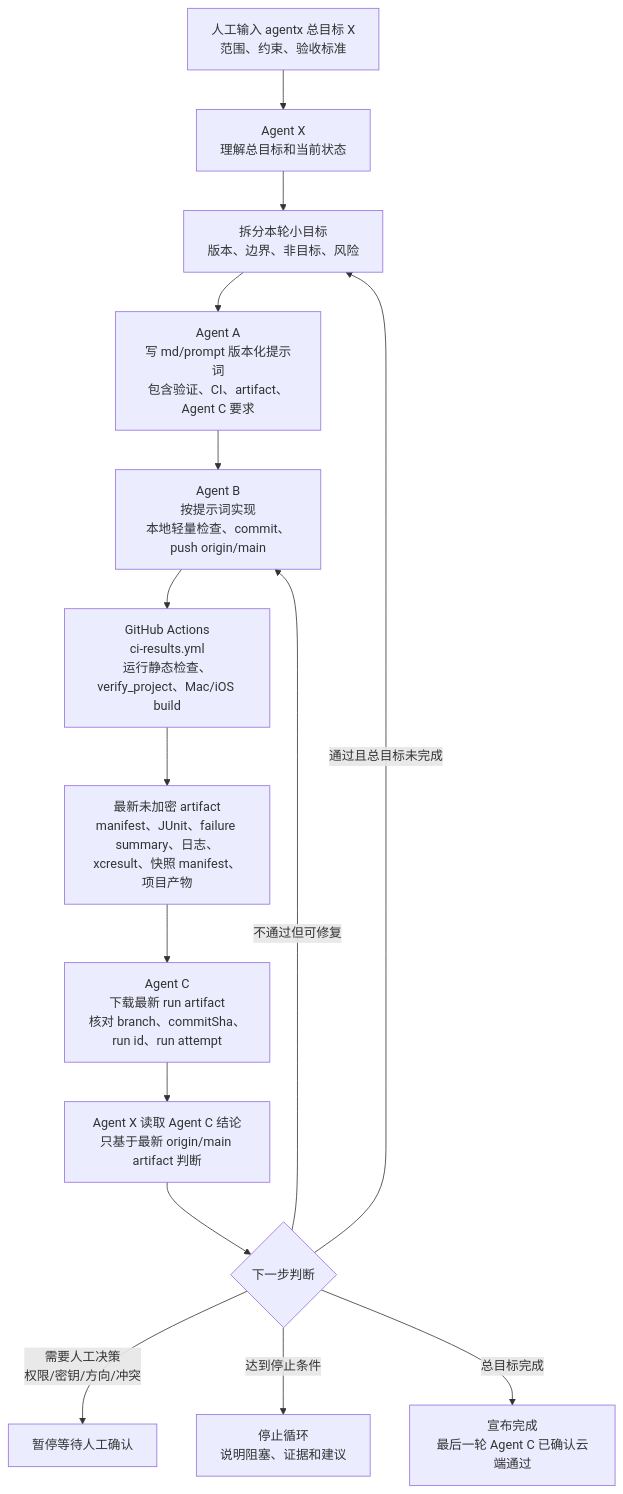
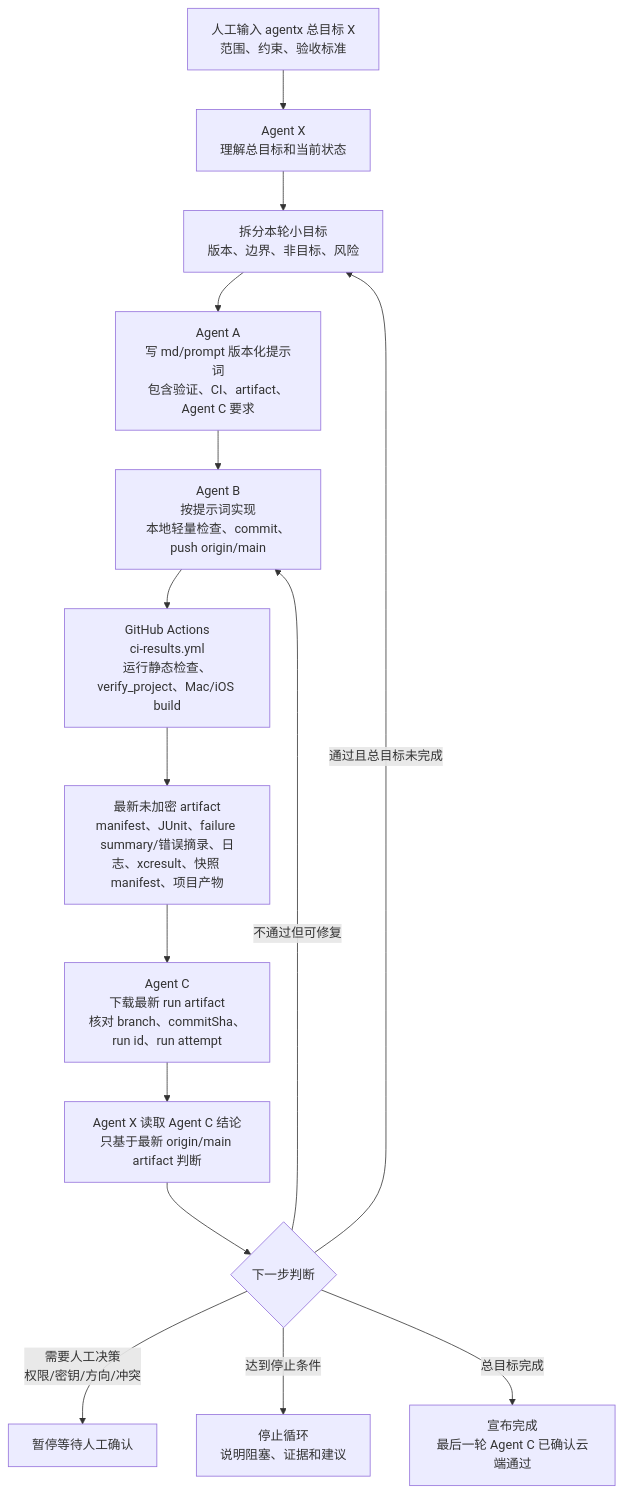
One commit to Altman-sam114/114 changed the sixth of 6 diagrams in md/flow/flowchart.md. Above: the diagram before and after it, drawn with Mermaid. The commit also changed other lines of this file and 11 other files, not shown here.

````diff
--- a/md/flow/flowchart.md
+++ b/md/flow/flowchart.md
@@ -131,17 +131,17 @@
 ```mermaid
 flowchart TD
   H["人工输入 agentx 总目标 X<br/>范围、约束、验收标准"] --> X0["Agent X<br/>理解总目标和当前状态"]
   X0 --> X1["拆分本轮小目标<br/>版本、边界、非目标、风险"]
   X1 --> A["Agent A<br/>写 md/prompt 版本化提示词<br/>包含验证、CI、artifact、Agent C 要求"]
   A --> B["Agent B<br/>按提示词实现<br/>本地轻量检查、commit、push origin/main"]
   B --> CI["GitHub Actions<br/>ci-results.yml<br/>运行静态检查、verify_project、Mac/iOS build"]
-  CI --> ART["最新未加密 artifact<br/>manifest、JUnit、failure summary、日志、xcresult、快照 manifest、项目产物"]
+  CI --> ART["最新未加密 artifact<br/>manifest、JUnit、failure summary/错误摘录、日志、xcresult、快照 manifest、项目产物"]
   ART --> C["Agent C<br/>下载最新 run artifact<br/>核对 branch、commitSha、run id、run attempt"]
   C --> X2["Agent X 读取 Agent C 结论<br/>只基于最新 origin/main artifact 判断"]
   X2 --> D{"下一步判断"}
   D -->|通过且总目标未完成| X1
   D -->|不通过但可修复| B
   D -->|需要人工决策<br/>权限/密钥/方向/冲突| P["暂停等待人工确认"]
   D -->|达到停止条件| S["停止循环<br/>说明阻塞、证据和建议"]
   D -->|总目标完成| DONE["宣布完成<br/>最后一轮 Agent C 已确认云端通过"]
 ```
````
